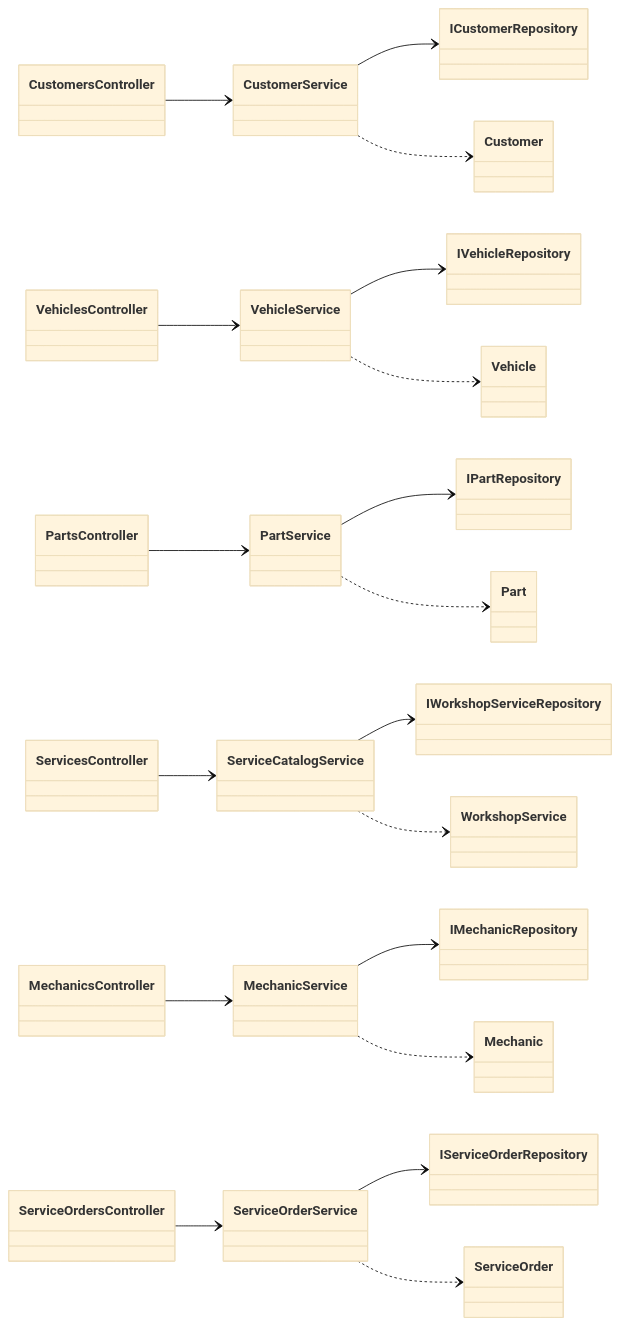
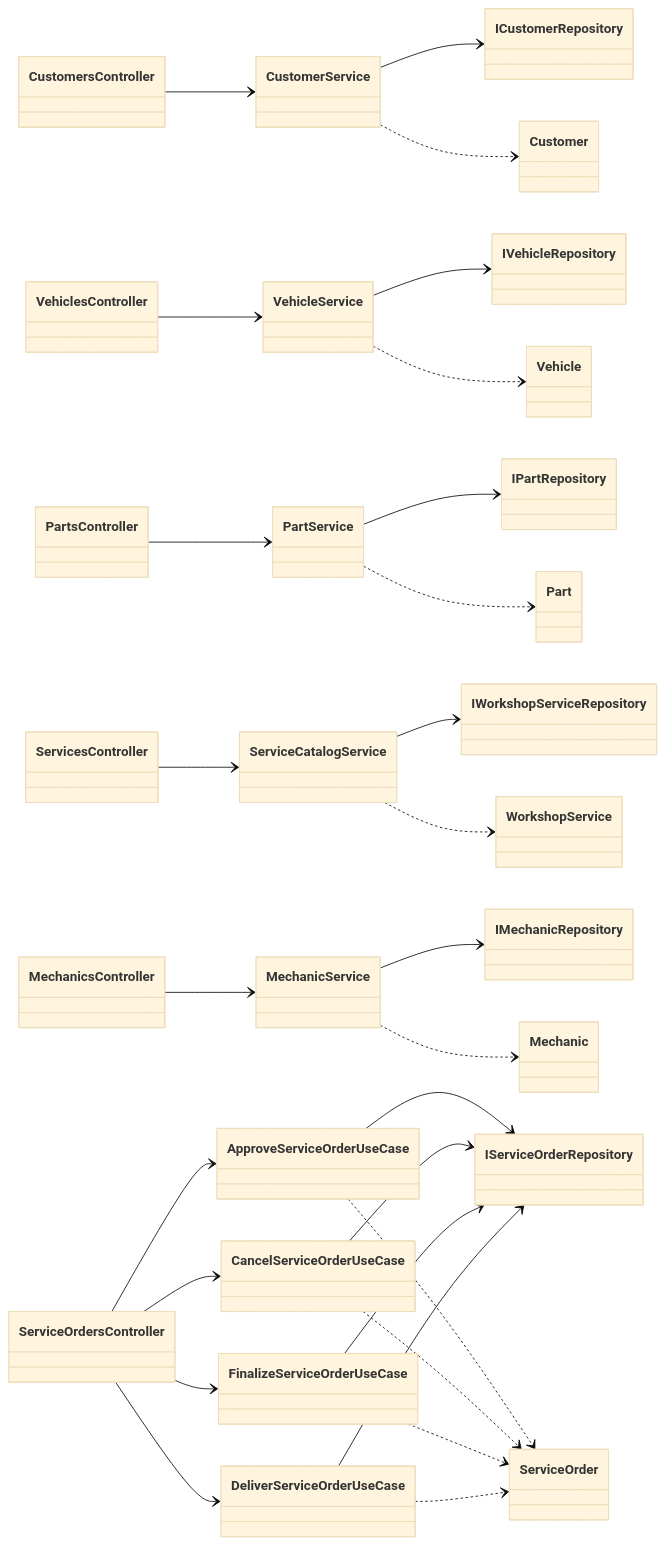
Before and after one commit to thierryiago/SOAT-Fase-1-Lil-Golden-Hammer: the second of 3 diagrams in docs/contexto-aplicacao.md, drawn with Mermaid (base theme). The commit also changed other lines of this file and 2 other files, not shown here.

Commit message:
Atualização de documentação - arch-issue-5 #69

````diff
--- a/docs/contexto-aplicacao.md
+++ b/docs/contexto-aplicacao.md
@@ -33,47 +33,59 @@
 ```mermaid
 classDiagram
     direction LR
     class CustomersController
     class VehiclesController
     class PartsController
     class ServicesController
     class MechanicsController
     class ServiceOrdersController
     class CustomerService
     class VehicleService
     class PartService
     class ServiceCatalogService
     class MechanicService
-    class ServiceOrderService
+    class ApproveServiceOrderUseCase
+    class CancelServiceOrderUseCase
+    class FinalizeServiceOrderUseCase
+    class DeliverServiceOrderUseCase
     class Customer
     class Vehicle
     class Part
     class WorkshopService
     class Mechanic
     class ServiceOrder
     class ICustomerRepository
     class IVehicleRepository
     class IPartRepository
     class IWorkshopServiceRepository
     class IMechanicRepository
     class IServiceOrderRepository
 
     CustomersController --> CustomerService
     VehiclesController --> VehicleService
     PartsController --> PartService
     ServicesController --> ServiceCatalogService
     MechanicsController --> MechanicService
-    ServiceOrdersController --> ServiceOrderService
+    ServiceOrdersController --> ApproveServiceOrderUseCase
+    ServiceOrdersController --> CancelServiceOrderUseCase
+    ServiceOrdersController --> FinalizeServiceOrderUseCase
+    ServiceOrdersController --> DeliverServiceOrderUseCase
     CustomerService --> ICustomerRepository
     VehicleService --> IVehicleRepository
     PartService --> IPartRepository
     ServiceCatalogService --> IWorkshopServiceRepository
     MechanicService --> IMechanicRepository
-    ServiceOrderService --> IServiceOrderRepository
+    ApproveServiceOrderUseCase --> IServiceOrderRepository
+    CancelServiceOrderUseCase --> IServiceOrderRepository
+    FinalizeServiceOrderUseCase --> IServiceOrderRepository
+    DeliverServiceOrderUseCase --> IServiceOrderRepository
     CustomerService ..> Customer
     VehicleService ..> Vehicle
     PartService ..> Part
     ServiceCatalogService ..> WorkshopService
     MechanicService ..> Mechanic
-    ServiceOrderService ..> ServiceOrder
+    ApproveServiceOrderUseCase ..> ServiceOrder
+    CancelServiceOrderUseCase ..> ServiceOrder
+    FinalizeServiceOrderUseCase ..> ServiceOrder
+    DeliverServiceOrderUseCase ..> ServiceOrder
 ```
````
